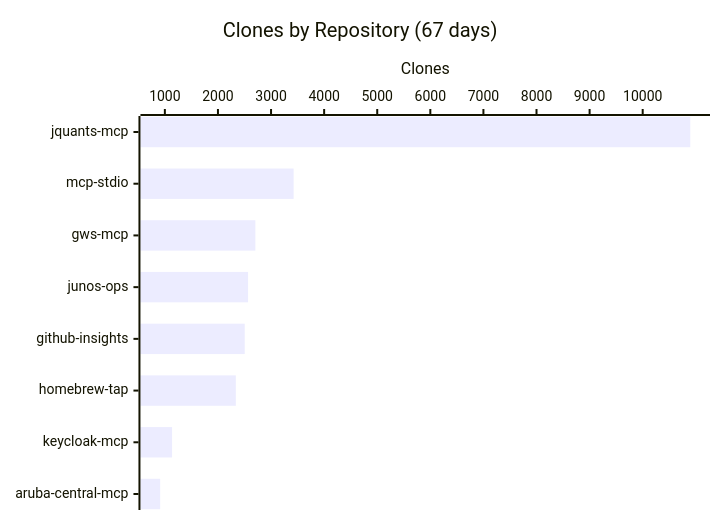
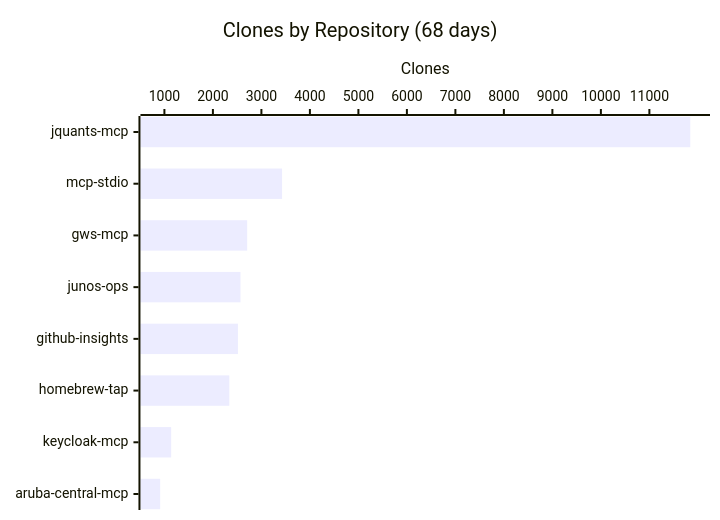
Before and after one commit to shigechika/github-insights: the third of 3 diagrams in README.md, drawn with Mermaid. The commit also changed other lines of this file and 2 other files, not shown here.

````diff
--- a/README.md
+++ b/README.md
@@ -38,7 +38,7 @@
 ```mermaid
 xychart-beta horizontal
-    title "Clones by Repository (67 days)"
+    title "Clones by Repository (68 days)"
     x-axis ["jquants-mcp", "mcp-stdio", "gws-mcp", "junos-ops", "github-insights", "homebrew-tap", "keycloak-mcp", "aruba-central-mcp"]
     y-axis "Clones"
-    bar [10896, 3425, 2705, 2567, 2504, 2337, 1136, 912]
+    bar [11843, 3426, 2707, 2568, 2516, 2338, 1139, 913]
 ```
````
